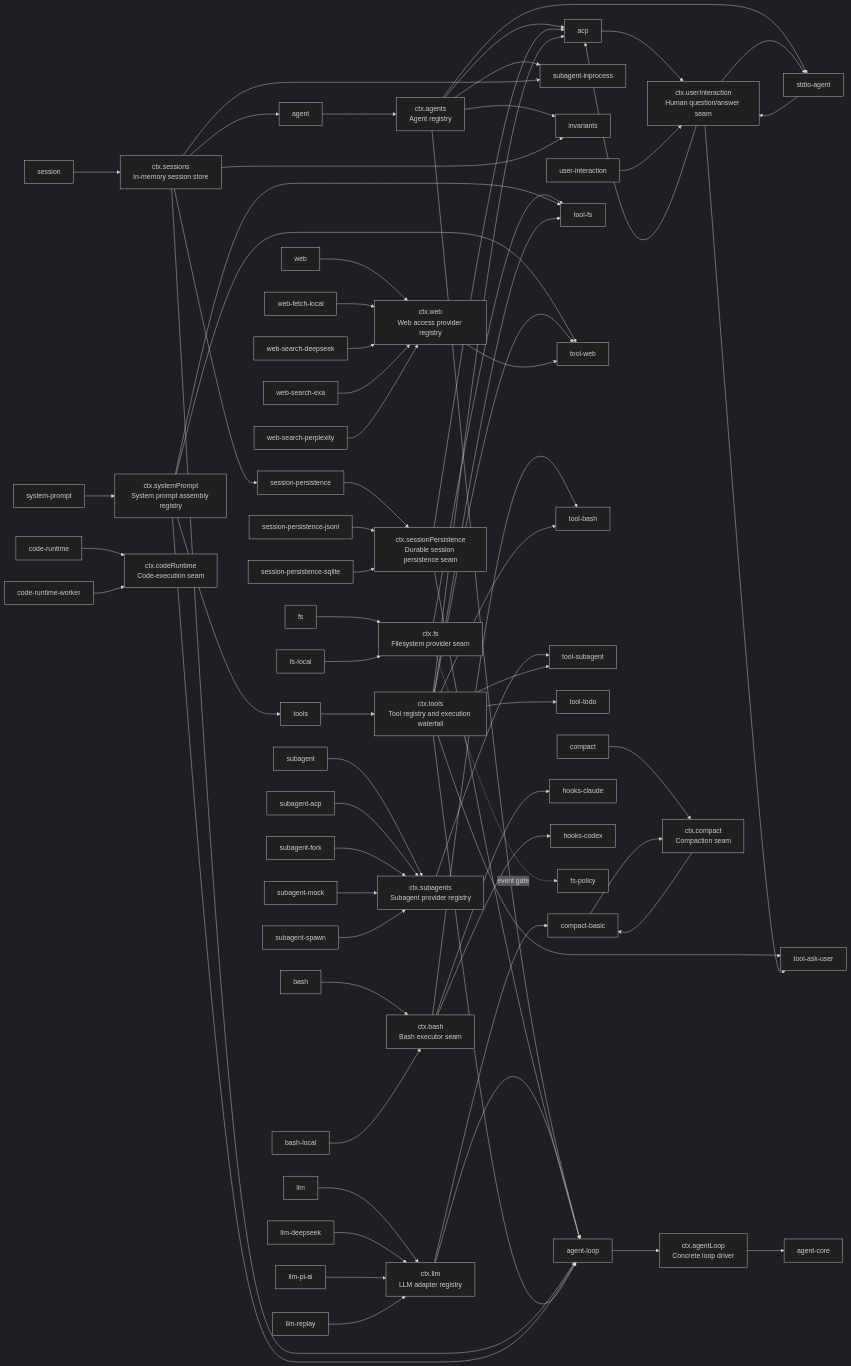
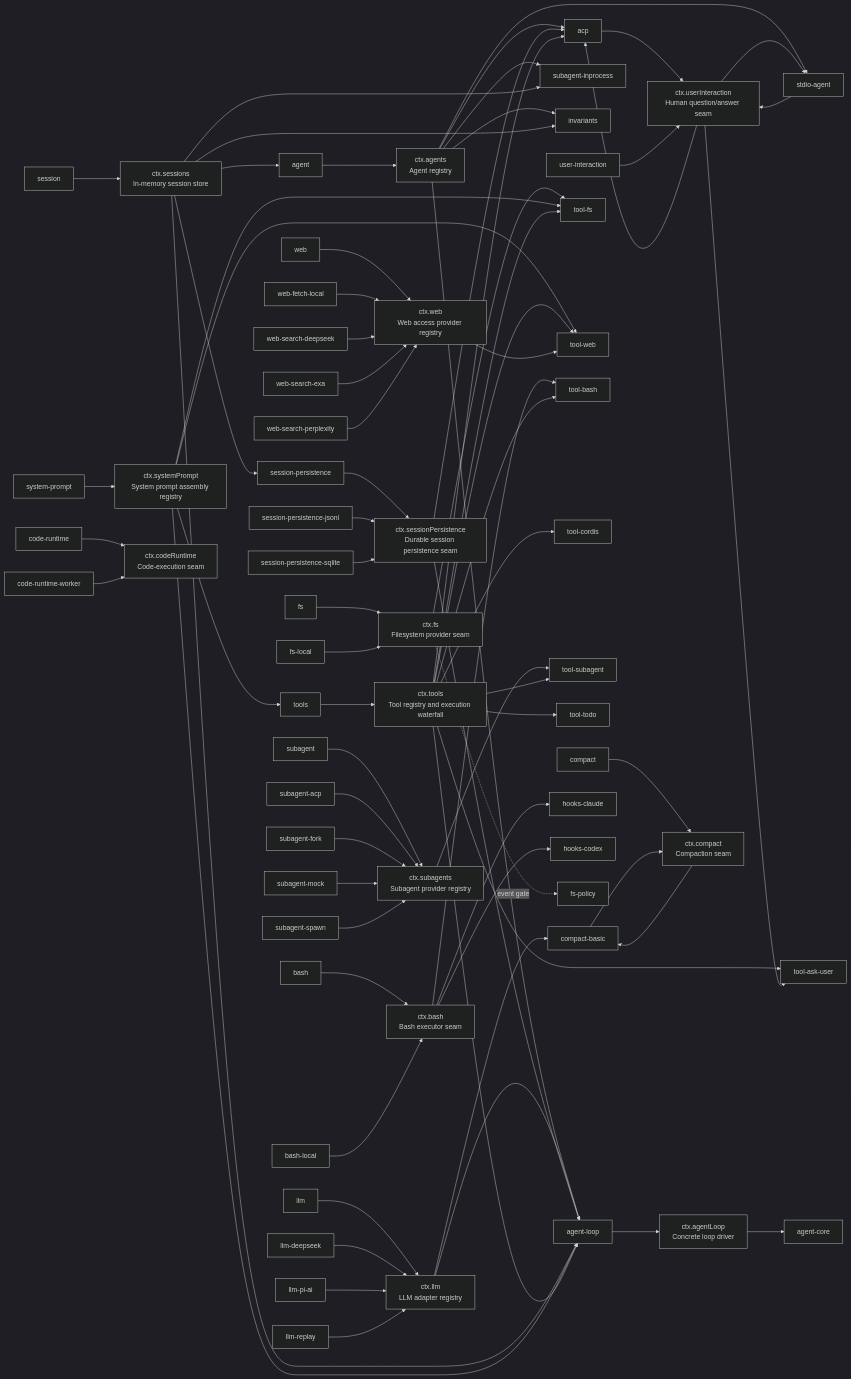
One commit to eru123/coco-harness changed the diagram in docs/capability-seams.md. Above: the diagram before and after it, drawn with Mermaid (dark theme). The commit also changed other lines of this file and 51 other files, not shown here.

First line of the commit message:
Merge pull request #220 from deepseek-harness/tool-cordis

```diff
--- a/docs/capability-seams.md
+++ b/docs/capability-seams.md
@@ -32,6 +32,7 @@
   svc_tools["ctx.tools<br/>Tool registry and execution waterfall"]
   pkg_tool_ask_user["tool-ask-user"]
   pkg_tool_bash["tool-bash"]
+  pkg_tool_cordis["tool-cordis"]
   pkg_tool_subagent["tool-subagent"]
   pkg_tool_todo["tool-todo"]
   pkg_user_interaction["user-interaction"]
@@ -128,6 +129,7 @@
   svc_tools --> pkg_agent_loop
   svc_tools --> pkg_tool_ask_user
   svc_tools --> pkg_tool_bash
+  svc_tools --> pkg_tool_cordis
   svc_tools --> pkg_tool_fs
   svc_tools --> pkg_tool_subagent
   svc_tools --> pkg_tool_todo
```
